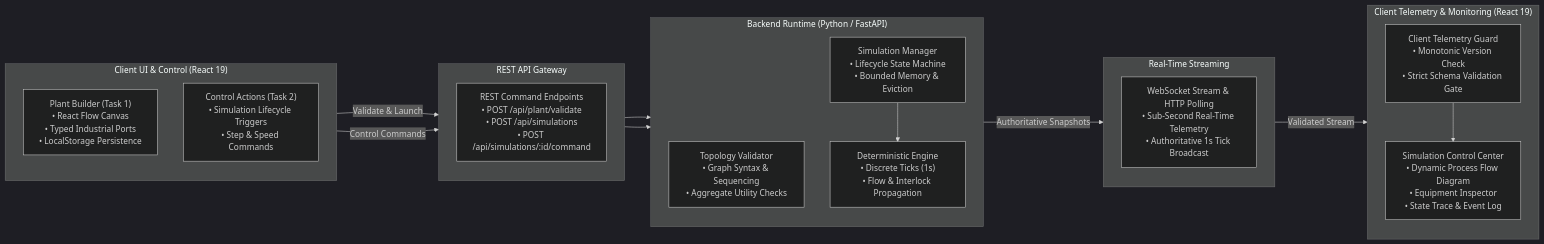
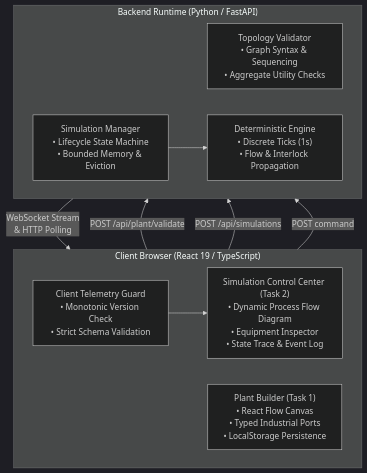
One commit to prabhasb06/steelsim changed the diagram in docs-site/getting-started/introduction.md. Above: the diagram before and after it, drawn with Mermaid (dark theme). The commit also changed 1 other file, not shown here.

Commit message:
fix(docs): resolve Mermaid layout overlap with clean 2-subgraph parallel alignment

```diff
--- a/docs-site/getting-started/introduction.md
+++ b/docs-site/getting-started/introduction.md
@@ -22,42 +22,23 @@
 <pre class="mermaid">
-flowchart LR
-    subgraph UI ["Client UI & Control (React 19)"]
-        direction TB
+flowchart TB
+    subgraph Client ["Client Browser (React 19 / TypeScript)"]
+        direction LR
+        Guard["Client Telemetry Guard<br/>• Monotonic Version Check<br/>• Strict Schema Validation"]
         Builder["Plant Builder (Task 1)<br/>• React Flow Canvas<br/>• Typed Industrial Ports<br/>• LocalStorage Persistence"]
-        Control["Control Actions (Task 2)<br/>• Simulation Lifecycle Triggers<br/>• Step & Speed Commands"]
-    end
-
-    subgraph API ["REST API Gateway"]
-        direction TB
-        CmdGate["REST Command Endpoints<br/>• POST /api/plant/validate<br/>• POST /api/simulations<br/>• POST /api/simulations/:id/command"]
+        ControlCenter["Simulation Control Center (Task 2)<br/>• Dynamic Process Flow Diagram<br/>• Equipment Inspector<br/>• State Trace & Event Log"]
     end
 
     subgraph Backend ["Backend Runtime (Python / FastAPI)"]
-        direction TB
+        direction LR
         Validator["Topology Validator<br/>• Graph Syntax & Sequencing<br/>• Aggregate Utility Checks"]
         SimManager["Simulation Manager<br/>• Lifecycle State Machine<br/>• Bounded Memory & Eviction"]
         Engine["Deterministic Engine<br/>• Discrete Ticks (1s)<br/>• Flow & Interlock Propagation"]
     end
 
-    subgraph Stream ["Real-Time Streaming"]
-        direction TB
-        PollStream["WebSocket Stream & HTTP Polling<br/>• Sub-Second Real-Time Telemetry<br/>• Authoritative 1s Tick Broadcast"]
-    end
-
-    subgraph Monitoring ["Client Telemetry & Monitoring (React 19)"]
-        direction TB
-        Guard["Client Telemetry Guard<br/>• Monotonic Version Check<br/>• Strict Schema Validation Gate"]
-        Inspector["Simulation Control Center<br/>• Dynamic Process Flow Diagram<br/>• Equipment Inspector<br/>• State Trace & Event Log"]
-    end
-
-    Builder -->|Validate & Launch| CmdGate
-    Control -->|Control Commands| CmdGate
-
-    CmdGate --> Validator
-    CmdGate --> SimManager
+    Builder -->|POST /api/plant/validate| Validator
+    Builder -->|POST /api/simulations| SimManager
+    ControlCenter -->|POST command| SimManager
     SimManager --> Engine
-
-    Engine -->|Authoritative Snapshots| PollStream
-    PollStream -->|Validated Stream| Guard
-    Guard --> Inspector
+    Engine -->|WebSocket Stream<br/>& HTTP Polling| Guard
+    Guard --> ControlCenter
 </pre>
```
